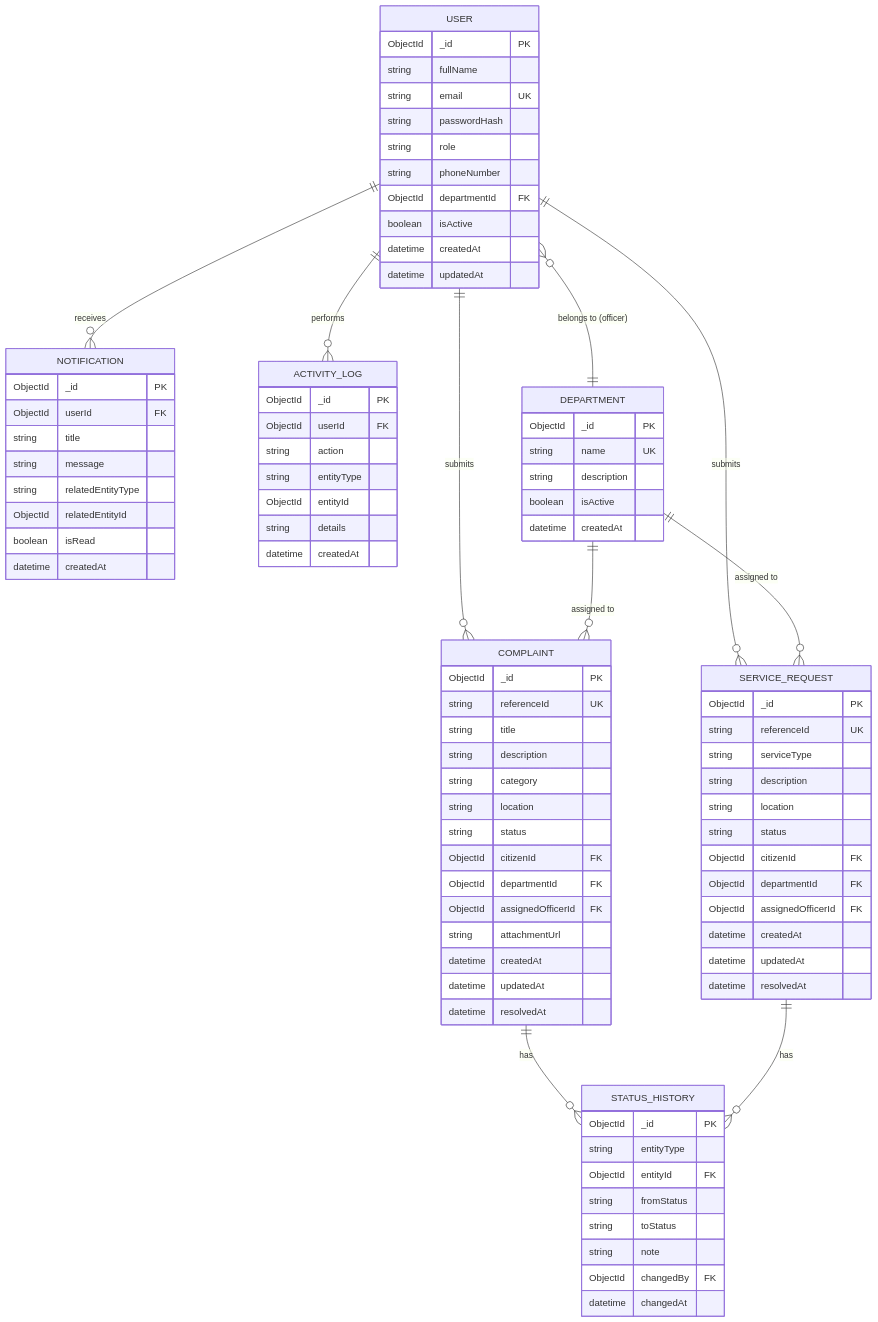
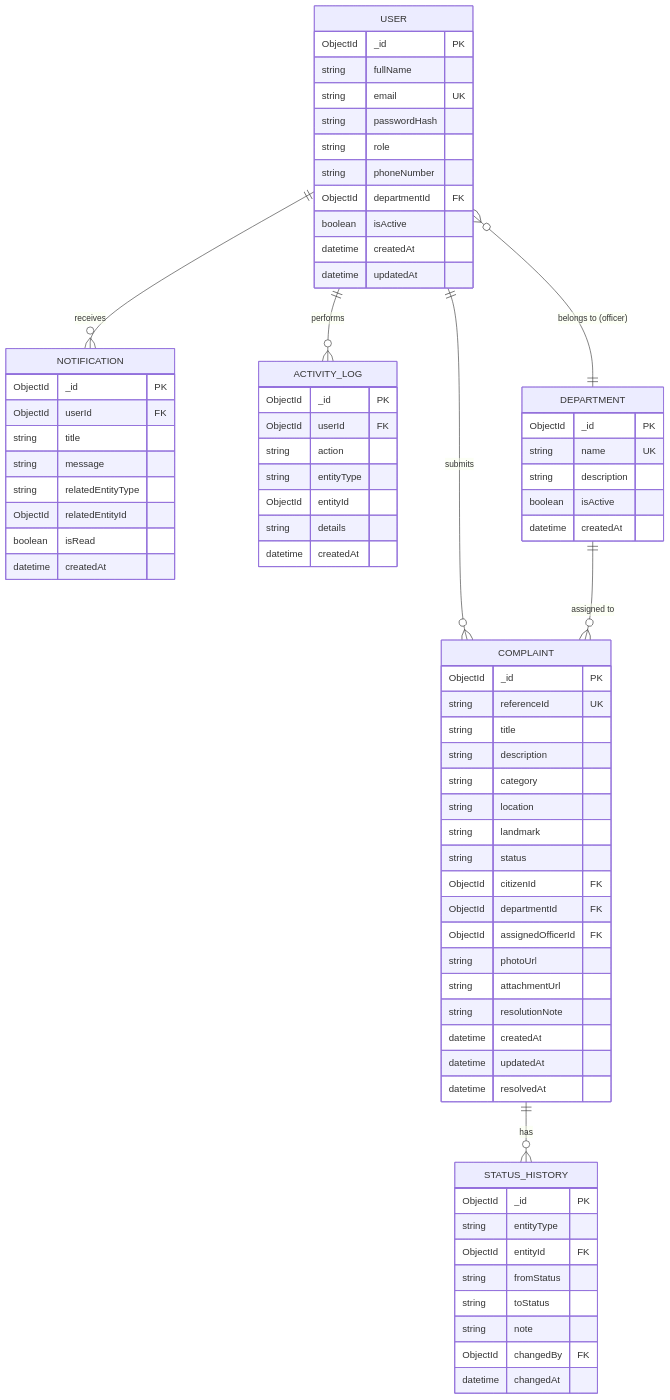
One commit to esmaelmohammed-ux/Adama-city-citizen-complaint-and-request-management-system changed the third of 7 diagrams in Project_Proposal_Web_Based_Citizen_Complaint_and_Service_Request.md. Above: the diagram before and after it, drawn with Mermaid. The commit also changed other lines of this file and 72 other files, not shown here.

````diff
--- a/Project_Proposal_Web_Based_Citizen_Complaint_and_Service_Request.md
+++ b/Project_Proposal_Web_Based_Citizen_Complaint_and_Service_Request.md
@@ -577,14 +586,11 @@
 ```mermaid
 erDiagram
     USER ||--o{ COMPLAINT : submits
-    USER ||--o{ SERVICE_REQUEST : submits
     USER ||--o{ NOTIFICATION : receives
     USER ||--o{ ACTIVITY_LOG : performs
     USER }o--|| DEPARTMENT : "belongs to (officer)"
     DEPARTMENT ||--o{ COMPLAINT : "assigned to"
-    DEPARTMENT ||--o{ SERVICE_REQUEST : "assigned to"
     COMPLAINT ||--o{ STATUS_HISTORY : has
-    SERVICE_REQUEST ||--o{ STATUS_HISTORY : has
 
     USER {
         ObjectId _id PK
@@ -614,26 +620,14 @@
         string description
         string category
         string location
+        string landmark
         string status
         ObjectId citizenId FK
         ObjectId departmentId FK
         ObjectId assignedOfficerId FK
+        string photoUrl
         string attachmentUrl
-        datetime createdAt
-        datetime updatedAt
-        datetime resolvedAt
-    }
-
-    SERVICE_REQUEST {
-        ObjectId _id PK
-        string referenceId UK
-        string serviceType
-        string description
-        string location
-        string status
-        ObjectId citizenId FK
-        ObjectId departmentId FK
-        ObjectId assignedOfficerId FK
+        string resolutionNote
         datetime createdAt
         datetime updatedAt
         datetime resolvedAt
````
